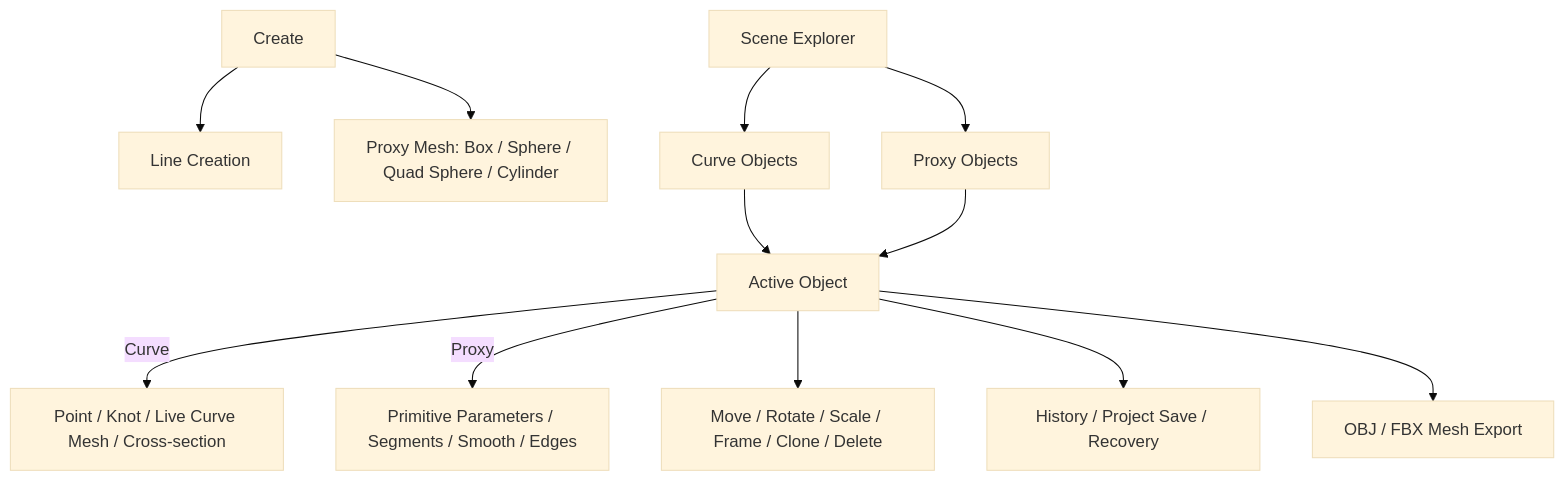
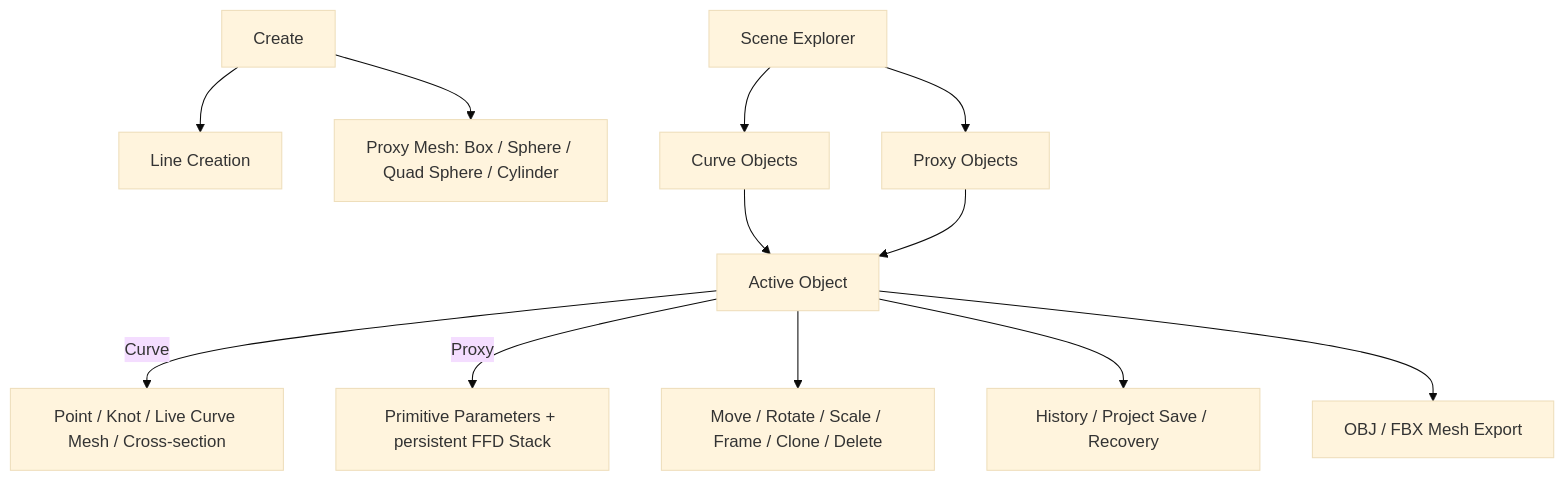
Before and after one commit to mephiblin/Hair_Mesh_Web: the diagram in doc/PROXY_MESH_IMPLEMENTATION_PLAN.md, drawn with Mermaid (base theme). The commit also changed other lines of this file and 12 other files, not shown here.

Commit message:
feat(proxy): add persistent FFD modifier stacks

````diff
--- a/doc/PROXY_MESH_IMPLEMENTATION_PLAN.md
+++ b/doc/PROXY_MESH_IMPLEMENTATION_PLAN.md
@@ -13,14 +13,14 @@
 ```mermaid
 flowchart TD
   Create --> CurveCreate[Line Creation]
   Create --> ProxyCreate[Proxy Mesh: Box / Sphere / Quad Sphere / Cylinder]
   Explorer[Scene Explorer] --> Curves[Curve Objects]
   Explorer --> Proxies[Proxy Objects]
   Curves --> Active[Active Object]
   Proxies --> Active
   Active -->|Curve| CurveModify[Point / Knot / Live Curve Mesh / Cross-section]
-  Active -->|Proxy| ProxyModify[Primitive Parameters / Segments / Smooth / Edges]
+  Active -->|Proxy| ProxyModify[Primitive Parameters + persistent FFD Stack]
   Active --> Transform[Move / Rotate / Scale / Frame / Clone / Delete]
   Active --> Project[History / Project Save / Recovery]
   Active --> Export[OBJ / FBX Mesh Export]
 ```
````
